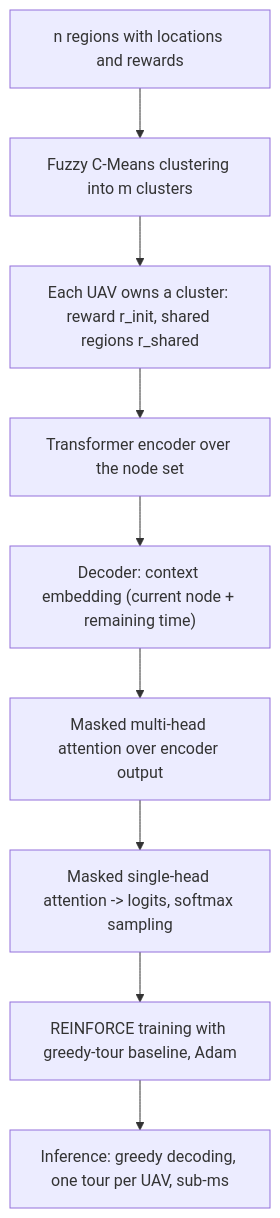
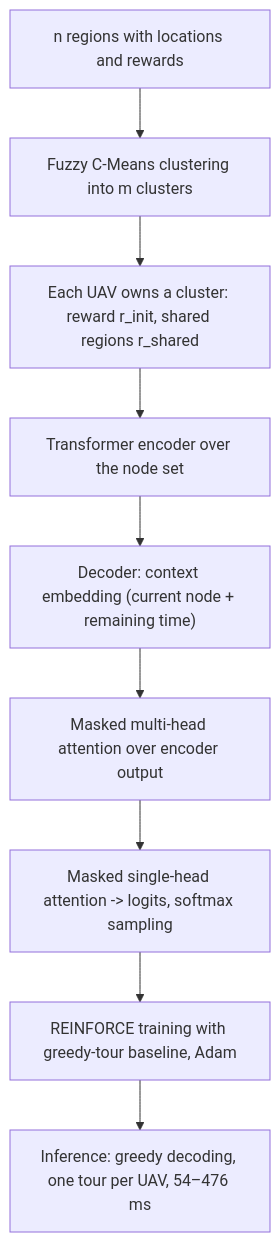
One commit to NguyenTatDat21/tatdat-vault changed the diagram in references/fuertes2023-transformer-multi-uav-routing.md. Above: the diagram before and after it, drawn with Mermaid. The commit also changed other lines of this file and 13 other files, not shown here.

````diff
--- a/references/fuertes2023-transformer-multi-uav-routing.md
+++ b/references/fuertes2023-transformer-multi-uav-routing.md
@@ -66,11 +66,11 @@
 ```mermaid
 flowchart TD
   A["n regions with locations and rewards"] --> B["Fuzzy C-Means clustering into m clusters"]
   B --> C["Each UAV owns a cluster: reward r_init, shared regions r_shared"]
   C --> D["Transformer encoder over the node set"]
   D --> E["Decoder: context embedding (current node + remaining time)"]
   E --> F["Masked multi-head attention over encoder output"]
   F --> G["Masked single-head attention -> logits, softmax sampling"]
   G --> H["REINFORCE training with greedy-tour baseline, Adam"]
-  H --> I["Inference: greedy decoding, one tour per UAV, sub-ms"]
+  H --> I["Inference: greedy decoding, one tour per UAV, 54–476 ms"]
 ```
````
